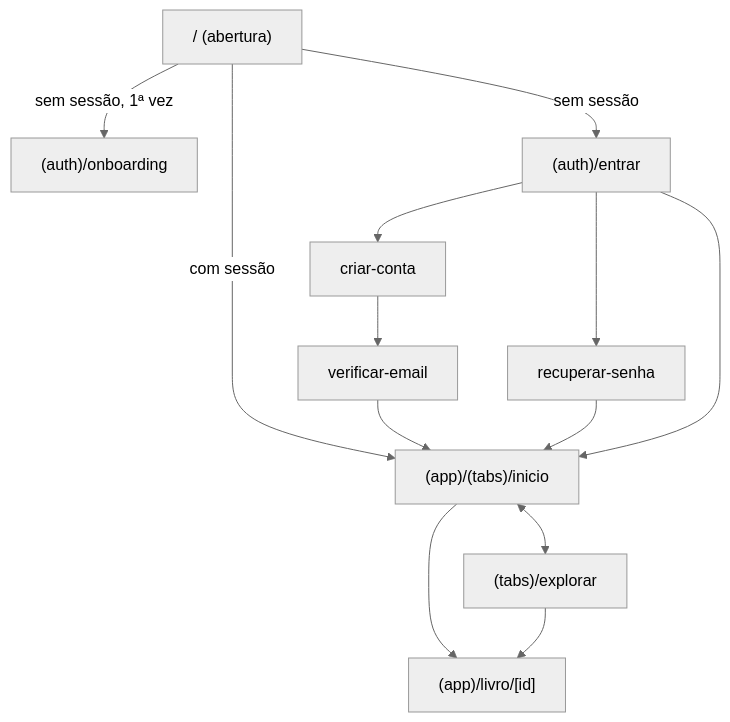
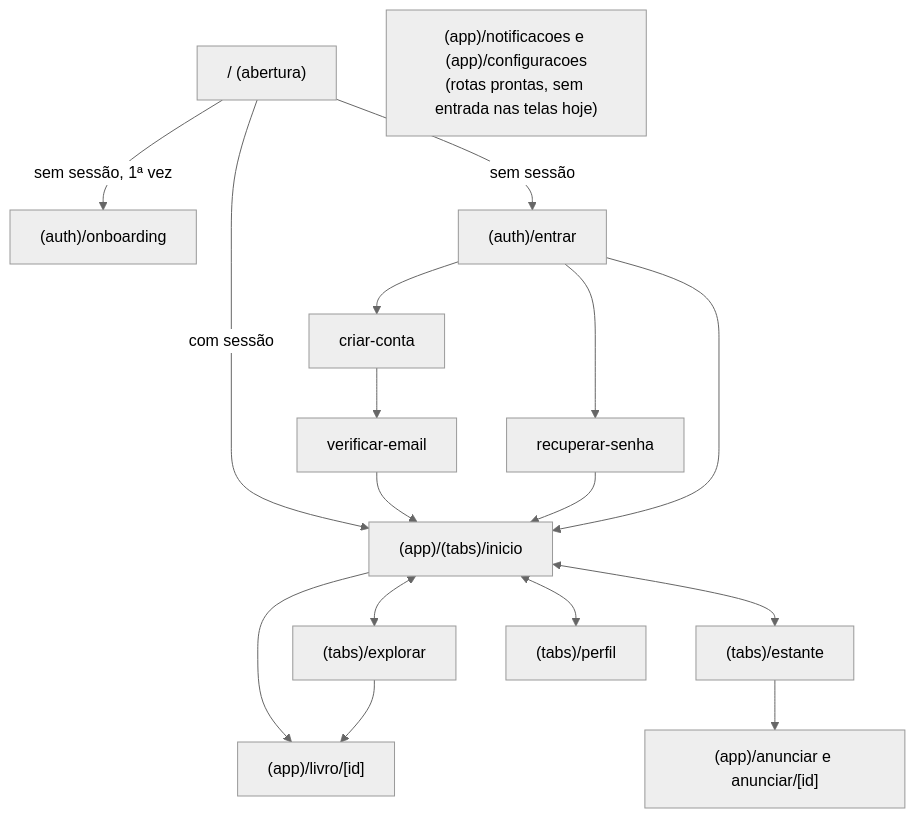
The second of 8 diagrams in docs/relatorio-pdm.md (Ghostyxseven/IpeBook), drawn with Mermaid (neutral theme) before and after one commit. The commit also changed other lines of this file and 15 other files, not shown here.

````diff
--- a/docs/relatorio-pdm.md
+++ b/docs/relatorio-pdm.md
@@ -67,12 +67,16 @@
 ```mermaid
 flowchart TD
   A["/ (abertura)"] -->|sem sessão, 1ª vez| B["(auth)/onboarding"]
   A -->|sem sessão| C["(auth)/entrar"]
   A -->|com sessão| D["(app)/(tabs)/inicio"]
   C --> E["criar-conta"] --> F["verificar-email"] --> D
   C --> G["recuperar-senha"] --> D
   C --> D
   D <--> H["(tabs)/explorar"]
+  D <--> J["(tabs)/estante"]
+  D <--> K["(tabs)/perfil"]
   D --> I["(app)/livro/[id]"]
   H --> I
+  J --> L["(app)/anunciar e anunciar/[id]"]
+  M["(app)/notificacoes e (app)/configuracoes<br/>(rotas prontas, sem entrada nas telas hoje)"]
 ```
````
